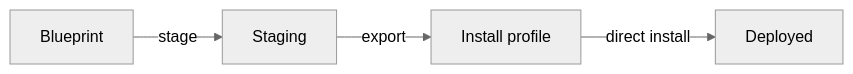
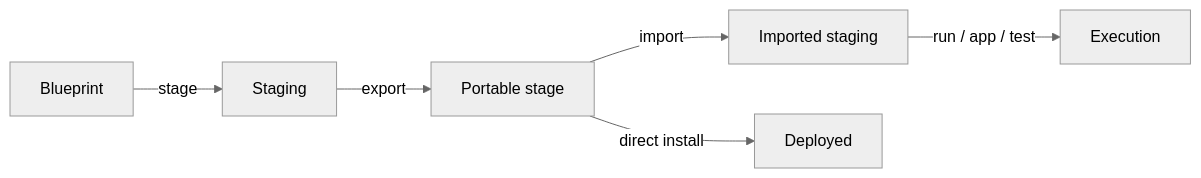
One commit to omry/reploy changed the diagram in docs/FUTURE_DIRECTIONS.md. Above: the diagram before and after it, drawn with Mermaid (neutral theme). The commit also changed other lines of this file, not shown here.

First line of the commit message:
Document portable stages and snapshots

````diff
--- a/docs/FUTURE_DIRECTIONS.md
+++ b/docs/FUTURE_DIRECTIONS.md
@@ -152,11 +165,15 @@
 ```mermaid
 flowchart LR
   B[Blueprint]
   S[Staging]
-  P[Install profile]
+  A[Portable stage]
+  S2[Imported staging]
   D[Deployed]
+  R[Execution]
 
   B -->|stage| S
-  S -->|export| P
-  P -->|direct install| D
+  S -->|export| A
+  A -->|direct install| D
+  A -->|import| S2
+  S2 -->|run / app / test| R
 ```
````
